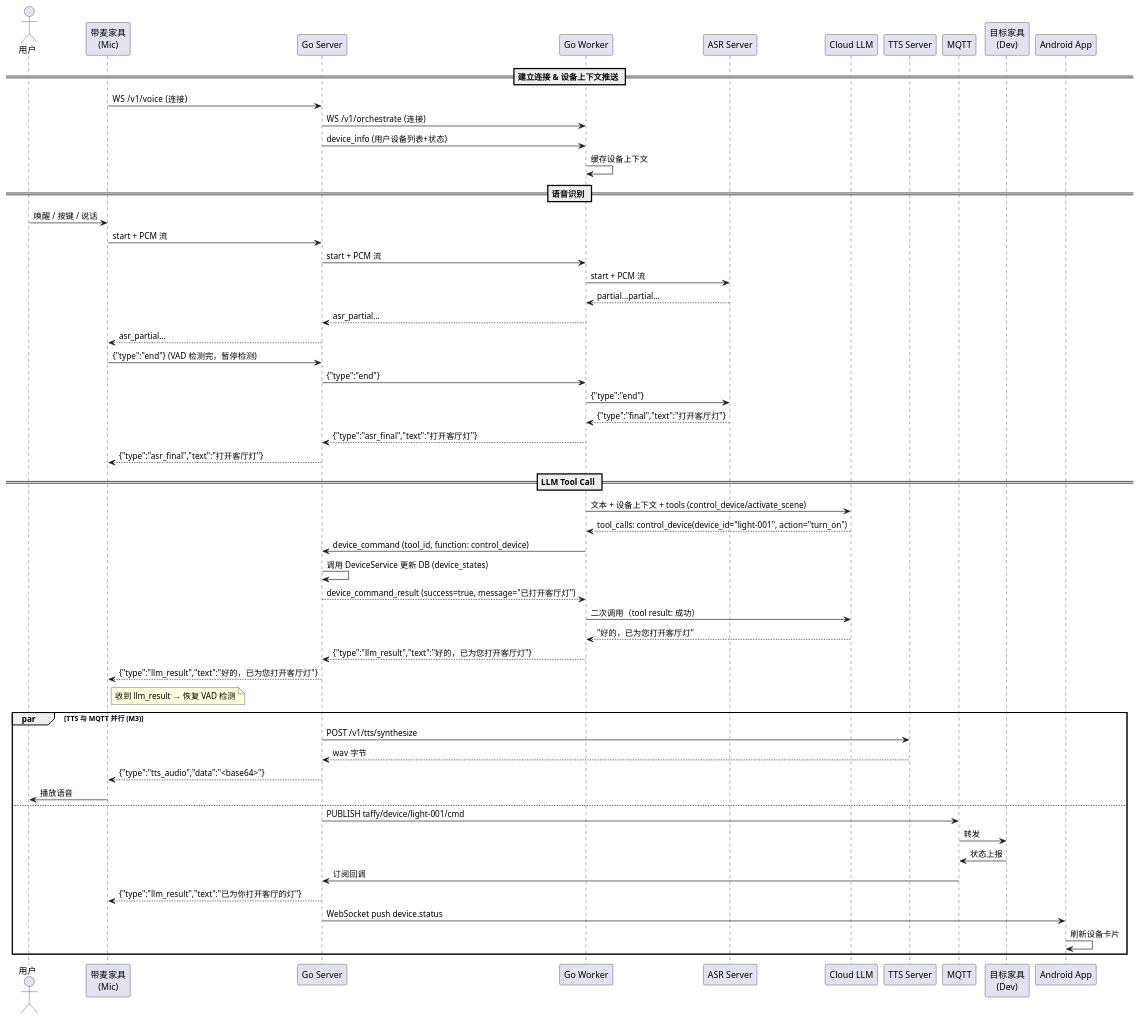
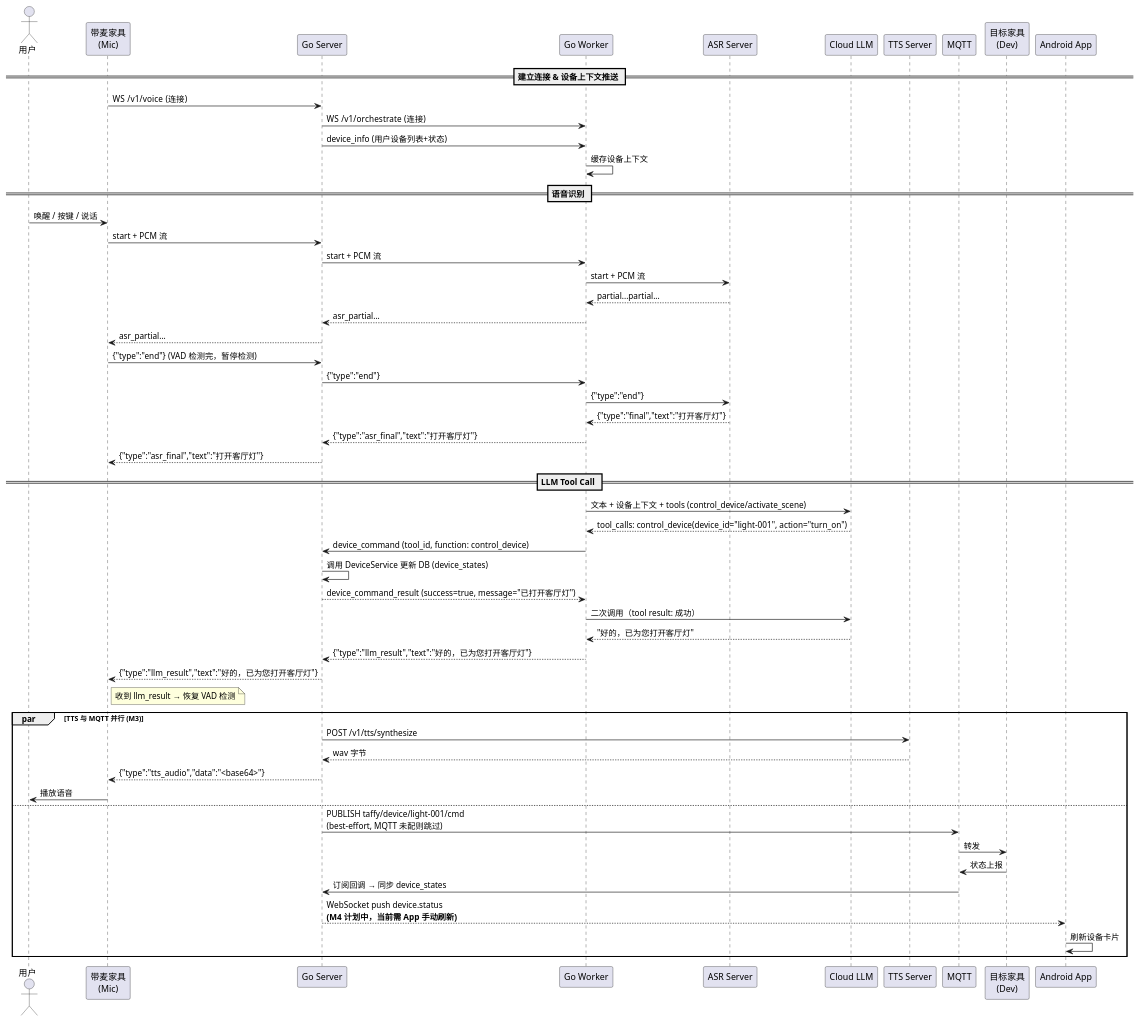
One commit to Yoruko666/Taffy-Assistant changed the fifth of 6 diagrams in docs/03-软件设计文档.md. Above: the diagram before and after it, drawn with PlantUML. The commit also changed other lines of this file and 5 other files, not shown here.

````diff
--- a/docs/03-软件设计文档.md
+++ b/docs/03-软件设计文档.md
@@ -575,63 +612,62 @@
 ```plantuml
 @startuml
 actor 用户
 participant "带麦家具\n(Mic)"   as Mic
 participant "Go Server"         as Srv
 participant "Go Worker"         as Wkr
 participant "ASR Server"        as ASR
 participant "Cloud LLM"         as Cloud
 participant "TTS Server"        as TTS
 participant MQTT                as MQ
 participant "目标家具\n(Dev)"   as Dev
 participant "Android App"       as App
 
 == 建立连接 & 设备上下文推送 ==
 Mic  -> Srv : WS /v1/voice  (连接)
 Srv  -> Wkr : WS /v1/orchestrate  (连接)
 Srv  -> Wkr : device_info (用户设备列表+状态)
 Wkr  -> Wkr : 缓存设备上下文
 
 == 语音识别 ==
 用户 -> Mic : 唤醒 / 按键 / 说话
 Mic  -> Srv : start + PCM 流
 Srv  -> Wkr : start + PCM 流
 Wkr  -> ASR : start + PCM 流
 ASR --> Wkr : partial...partial...
 Wkr  --> Srv : asr_partial...
 Srv  --> Mic : asr_partial...
 
 Mic  -> Srv : {"type":"end"} (VAD 检测完，暂停检测)
 Srv  -> Wkr : {"type":"end"}
 Wkr  -> ASR : {"type":"end"}
 ASR --> Wkr : {"type":"final","text":"打开客厅灯"}
 Wkr  --> Srv : {"type":"asr_final","text":"打开客厅灯"}
 Srv  --> Mic : {"type":"asr_final","text":"打开客厅灯"}
 
 == LLM Tool Call ==
 Wkr  -> Cloud : 文本 + 设备上下文 + tools (control_device/activate_scene)
 Cloud --> Wkr : tool_calls: control_device(device_id="light-001", action="turn_on")
 Wkr  -> Srv : device_command (tool_id, function: control_device)
 Srv  -> Srv : 调用 DeviceService 更新 DB (device_states)
 Srv  --> Wkr : device_command_result (success=true, message="已打开客厅灯")
 Wkr  -> Cloud : 二次调用（tool result: 成功）
 Cloud --> Wkr : "好的，已为您打开客厅灯"
 Wkr  --> Srv : {"type":"llm_result","text":"好的，已为您打开客厅灯"}
 Srv  --> Mic : {"type":"llm_result","text":"好的，已为您打开客厅灯"}
 note right of Mic : 收到 llm_result → 恢复 VAD 检测
 
 par TTS 与 MQTT 并行 (M3)
   Srv -> TTS : POST /v1/tts/synthesize
   TTS --> Srv : wav 字节
   Srv --> Mic : {"type":"tts_audio","data":"<base64>"}
   Mic -> 用户 : 播放语音
 else
-  Srv -> MQ  : PUBLISH taffy/device/light-001/cmd
+  Srv -> MQ  : PUBLISH taffy/device/light-001/cmd\n(best-effort, MQTT 未配则跳过)
   MQ  -> Dev : 转发
   Dev -> MQ  : 状态上报
-  MQ  -> Srv : 订阅回调
-  Srv --> Mic : {"type":"llm_result","text":"已为你打开客厅的灯"}
-  Srv -> App : WebSocket push device.status
+  MQ  -> Srv : 订阅回调 → 同步 device_states
+  Srv --> App : WebSocket push device.status\n**(M4 计划中，当前需 App 手动刷新)**
   App -> App : 刷新设备卡片
 end
 @enduml
 ```
````
